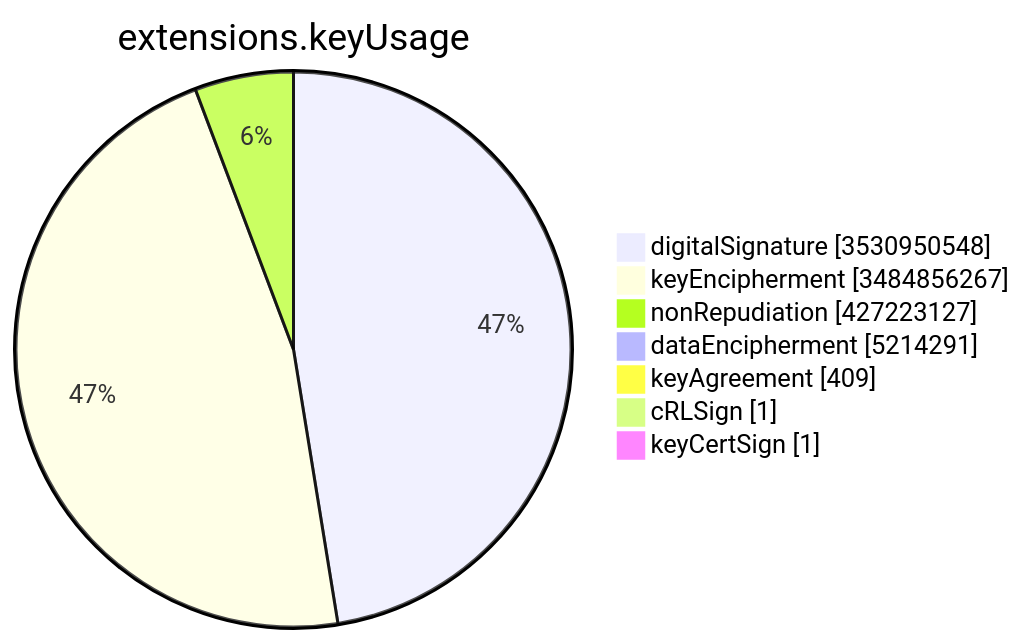
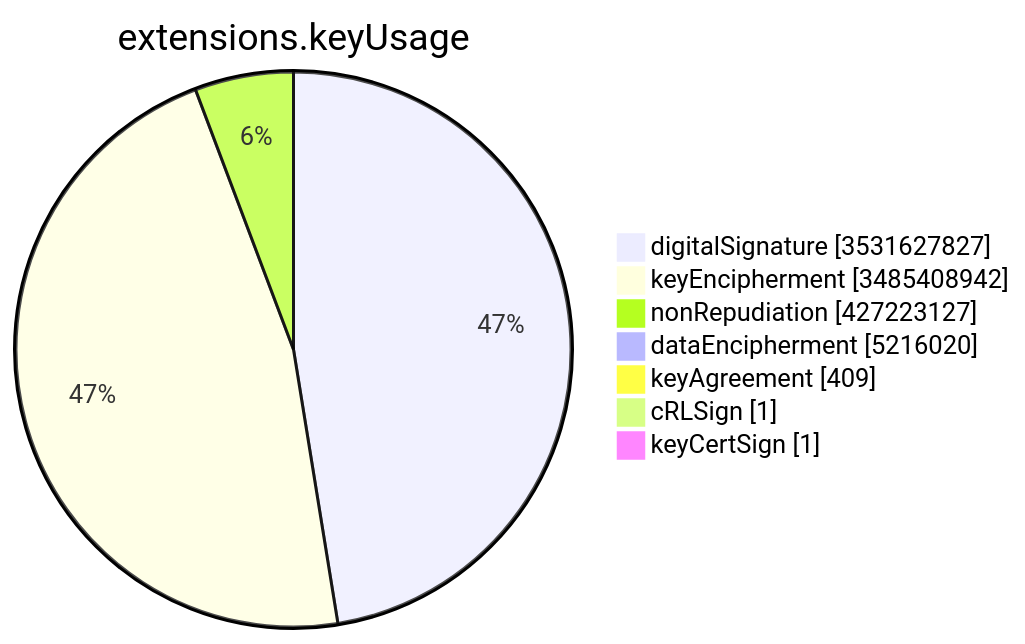
Before and after one commit to christiankrug/ctmonitor_visualization: the sixth of 15 diagrams in TOTAL/README.md, drawn with Mermaid. The commit also changed other lines of this file, not shown here.

````diff
--- a/TOTAL/README.md
+++ b/TOTAL/README.md
@@ -3083,11 +3083,11 @@
 ```mermaid
 pie showData
 title extensions.keyUsage
-"digitalSignature" :3530950548
-"keyEncipherment" :3484856267
+"digitalSignature" :3531627827
+"keyEncipherment" :3485408942
 "nonRepudiation" :427223127
-"dataEncipherment" :5214291
+"dataEncipherment" :5216020
 "keyAgreement" :409
 "cRLSign" :1
 "keyCertSign" :1
 ```
````
